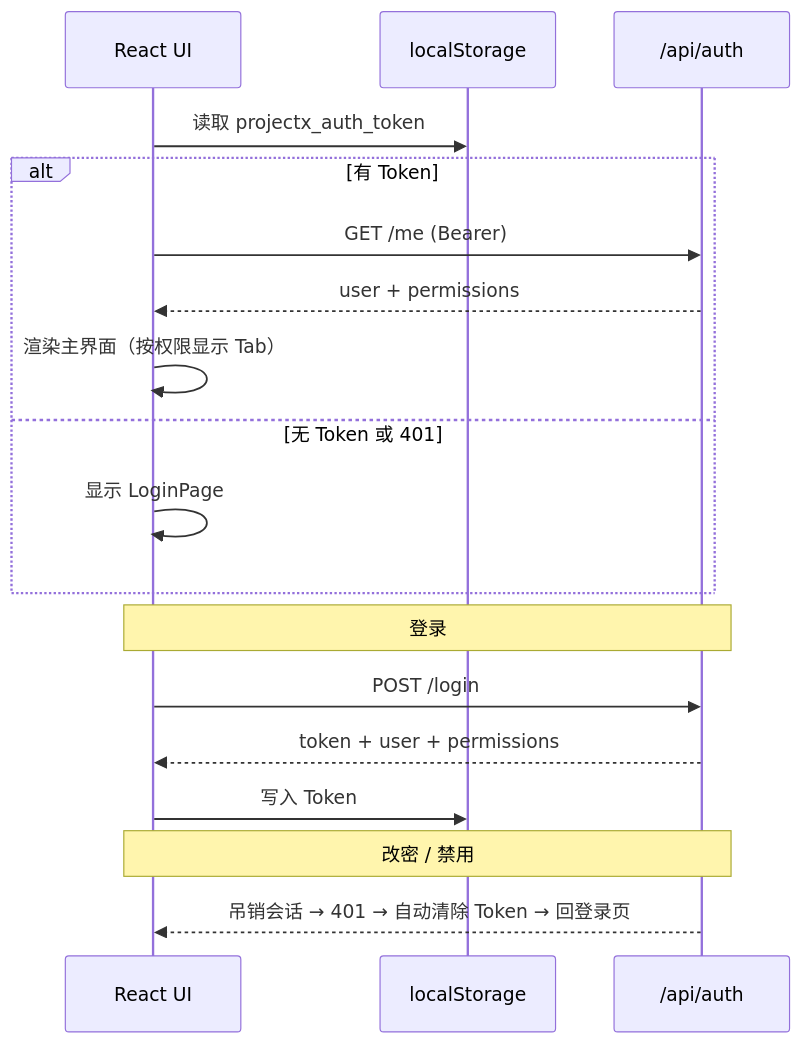
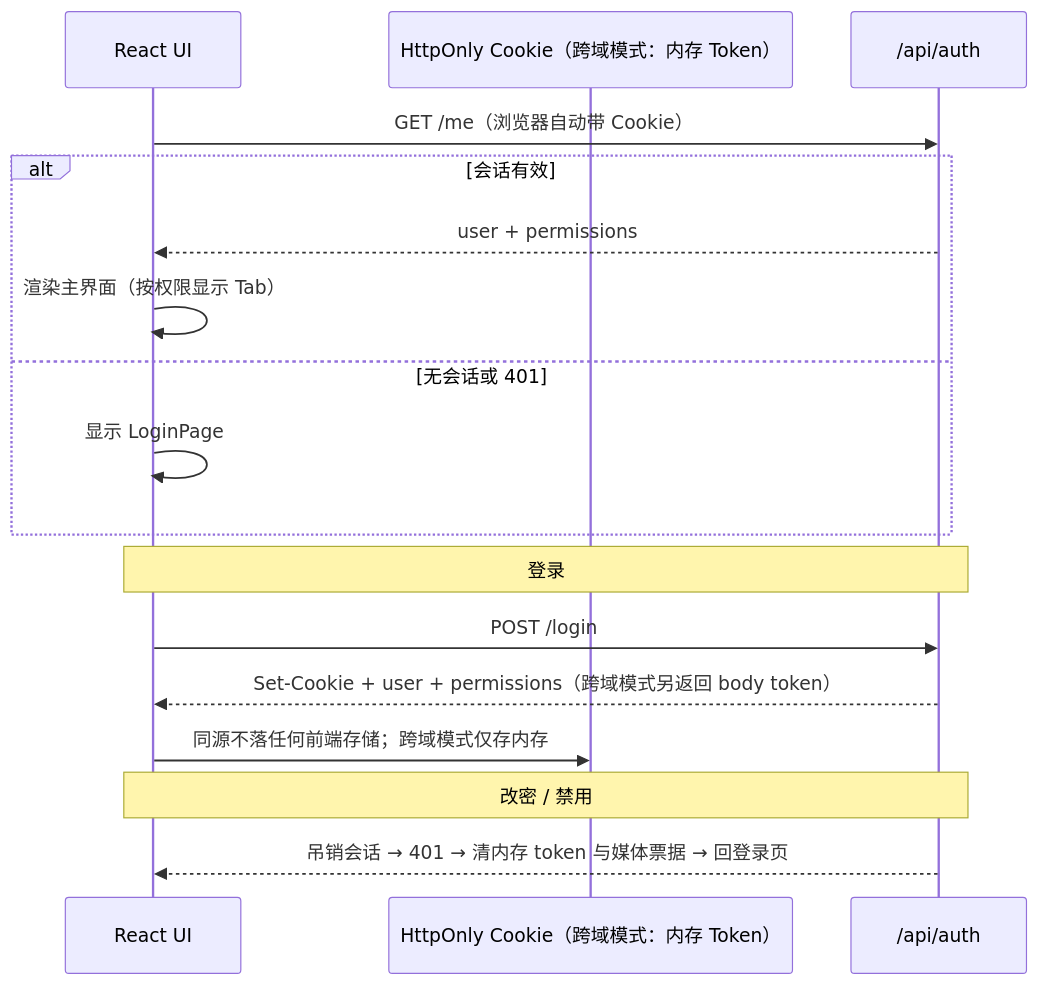
The second of 2 diagrams in readus/ACCOUNT-ARCHITECTURE.md (Dalian-No-5-Middle-School-I-T-C/Project-X), drawn with Mermaid before and after one commit. The commit also changed other lines of this file and 3 other files, not shown here.

````diff
--- a/readus/ACCOUNT-ARCHITECTURE.md
+++ b/readus/ACCOUNT-ARCHITECTURE.md
@@ -148,23 +152,22 @@
 ```mermaid
 sequenceDiagram
     participant UI as React UI
-    participant LS as localStorage
+    participant CK as HttpOnly Cookie（跨域模式：内存 Token）
     participant API as /api/auth
 
-    UI->>LS: 读取 projectx_auth_token
-    alt 有 Token
-        UI->>API: GET /me (Bearer)
+    UI->>API: GET /me（浏览器自动带 Cookie）
+    alt 会话有效
         API-->>UI: user + permissions
         UI->>UI: 渲染主界面（按权限显示 Tab）
-    else 无 Token 或 401
+    else 无会话或 401
         UI->>UI: 显示 LoginPage
     end
 
     Note over UI,API: 登录
     UI->>API: POST /login
-    API-->>UI: token + user + permissions
-    UI->>LS: 写入 Token
+    API-->>UI: Set-Cookie + user + permissions（跨域模式另返回 body token）
+    UI->>CK: 同源不落任何前端存储；跨域模式仅存内存
 
     Note over UI,API: 改密 / 禁用
-    API-->>UI: 吊销会话 → 401 → 自动清除 Token → 回登录页
+    API-->>UI: 吊销会话 → 401 → 清内存 token 与媒体票据 → 回登录页
 ```
````
